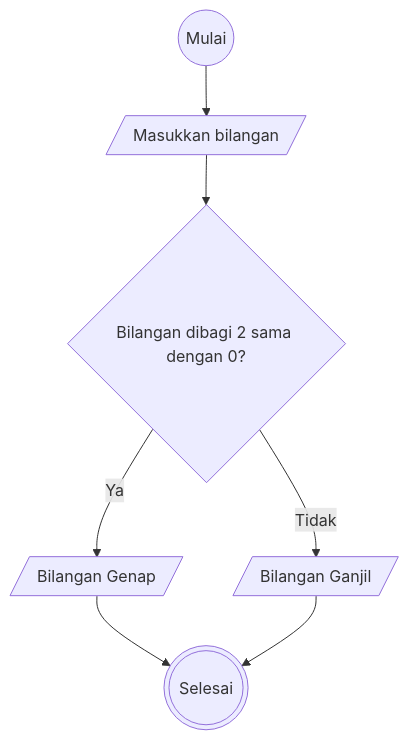
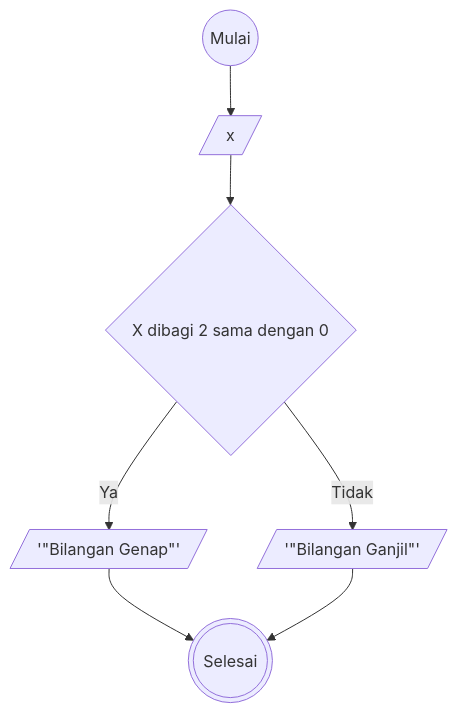
The second of 2 diagrams in Algoritma Minitask - Ganjil Genap.md (ranandasatria/fgo24-algoritma), drawn with Mermaid before and after one commit. The commit also changed other lines of this file, not shown here.

````diff
--- a/Algoritma Minitask - Ganjil Genap.md
+++ b/Algoritma Minitask - Ganjil Genap.md
@@ -31,9 +31,9 @@
 ```mermaid
 flowchart
-A((Mulai)) --> B[/Masukkan bilangan/] 
-B --> C{Bilangan dibagi 2 sama dengan 0?}
-C -- Ya --> D[/"Bilangan Genap"/]
-C -- Tidak --> E[/"Bilangan Ganjil"/]
+A((Mulai)) --> B[/x/] 
+B --> C{X dibagi 2 sama dengan 0}
+C -- Ya --> D[/'"Bilangan Genap"'/]
+C -- Tidak --> E[/'"Bilangan Ganjil"'/]
 D --> F(((Selesai)))
 E --> F
 ```
````
